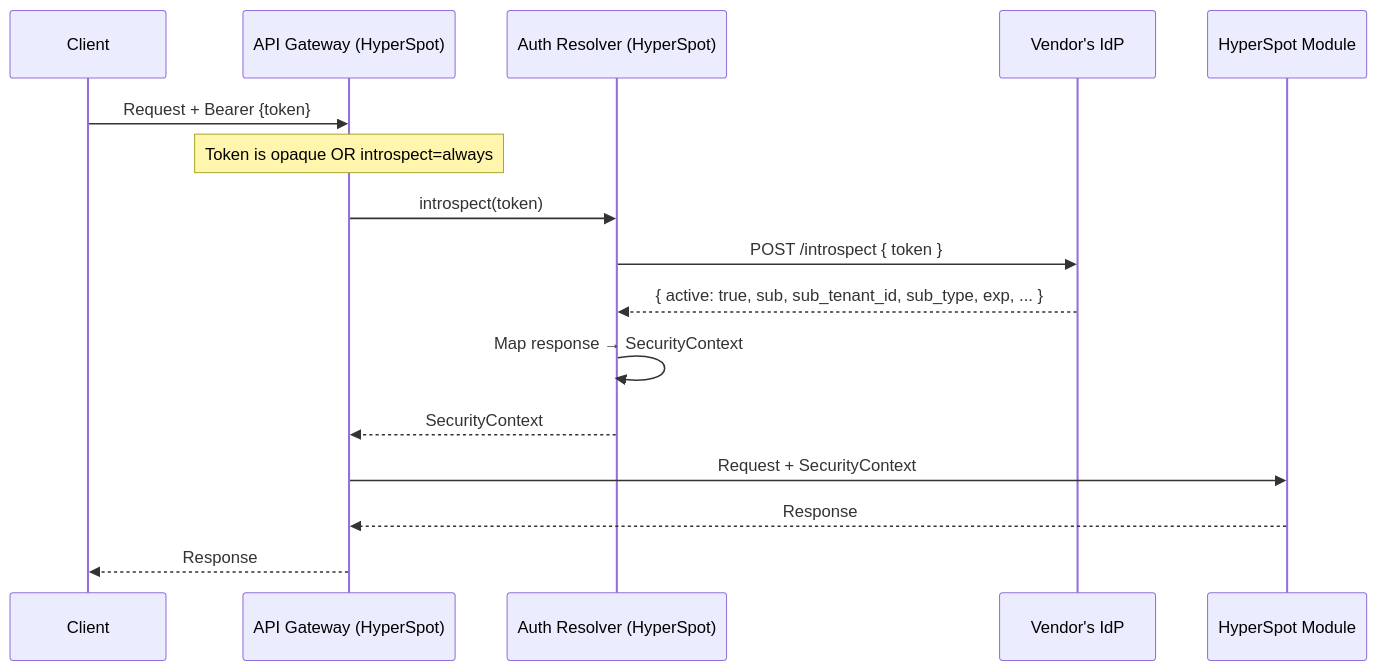
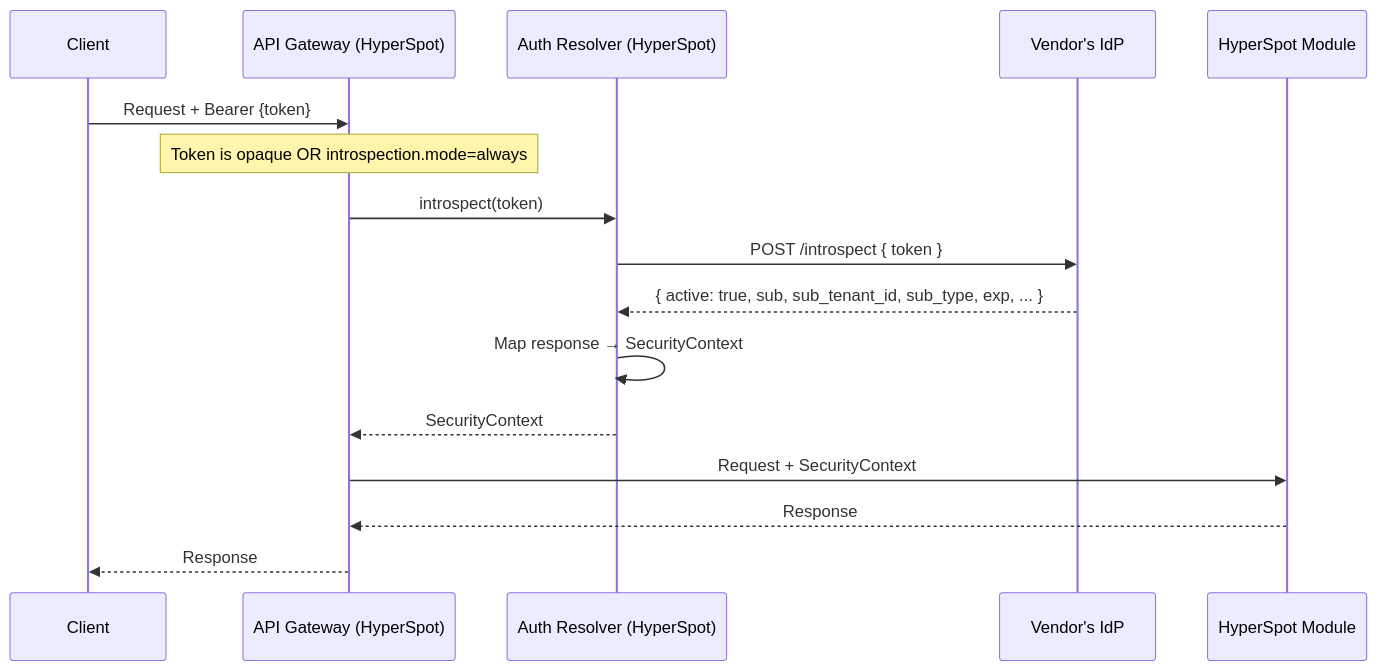
One commit to aviator5/hyperspot changed the second of 3 diagrams in docs/design/AUTH.md. Above: the diagram before and after it, drawn with Mermaid. The commit also changed other lines of this file and 2 other files, not shown here.

````diff
--- a/docs/design/AUTH.md
+++ b/docs/design/AUTH.md
@@ -264,21 +297,21 @@
 ```mermaid
 sequenceDiagram
     participant Client
     participant Gateway as API Gateway (HyperSpot)
     participant AuthResolver as Auth Resolver (HyperSpot)
     participant IdP as Vendor's IdP
     participant Module as HyperSpot Module
 
     Client->>Gateway: Request + Bearer {token}
 
-    Note over Gateway: Token is opaque OR introspect=always
+    Note over Gateway: Token is opaque OR introspection.mode=always
 
     Gateway->>AuthResolver: introspect(token)
     AuthResolver->>IdP: POST /introspect { token }
     IdP-->>AuthResolver: { active: true, sub, sub_tenant_id, sub_type, exp, ... }
     AuthResolver->>AuthResolver: Map response → SecurityContext
     AuthResolver-->>Gateway: SecurityContext
     Gateway->>Module: Request + SecurityContext
     Module-->>Gateway: Response
     Gateway-->>Client: Response
 ```
````
